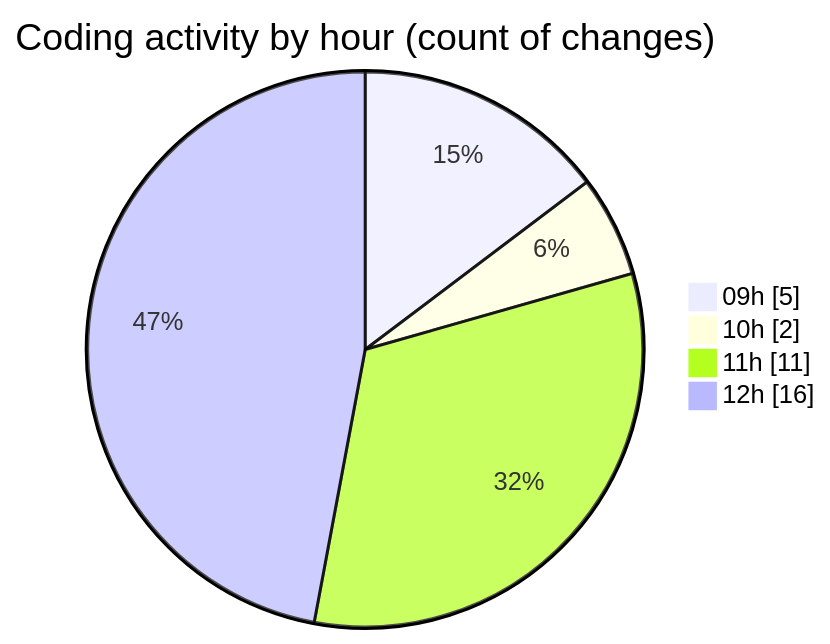
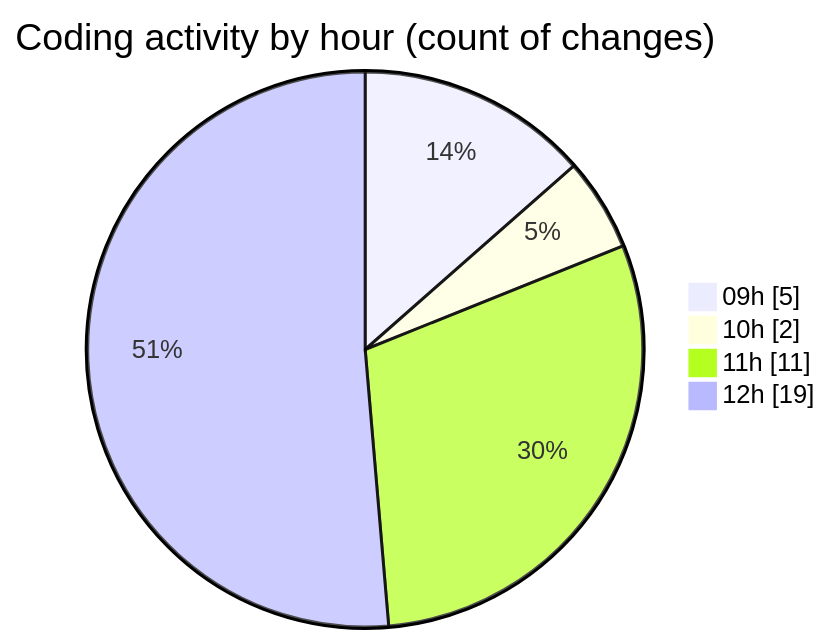
One commit to momahboobian/code-tracking changed the second of 2 diagrams in 2026-03-11/cda/README.md. Above: the diagram before and after it, drawn with Mermaid. The commit also changed other lines of this file and 1 other file, not shown here.

````diff
--- a/2026-03-11/cda/README.md
+++ b/2026-03-11/cda/README.md
@@ -44,8 +45,8 @@
 ```mermaid
 pie showData
 title Coding activity by hour (count of changes)
 "09h" : 5
 "10h" : 2
 "11h" : 11
-"12h" : 16
+"12h" : 19
 ```
````
